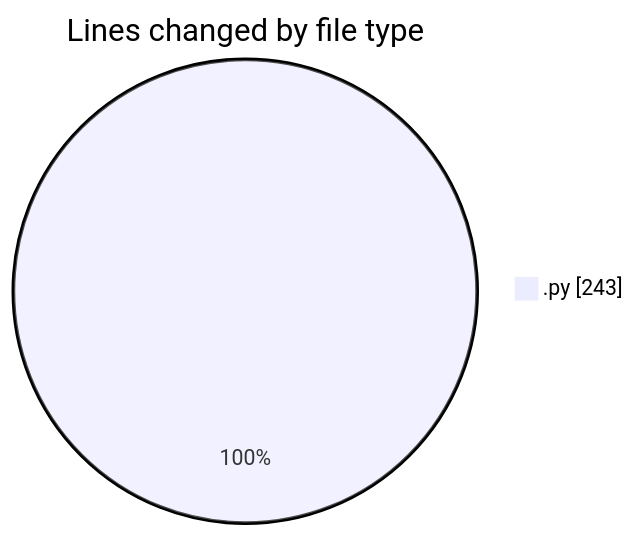
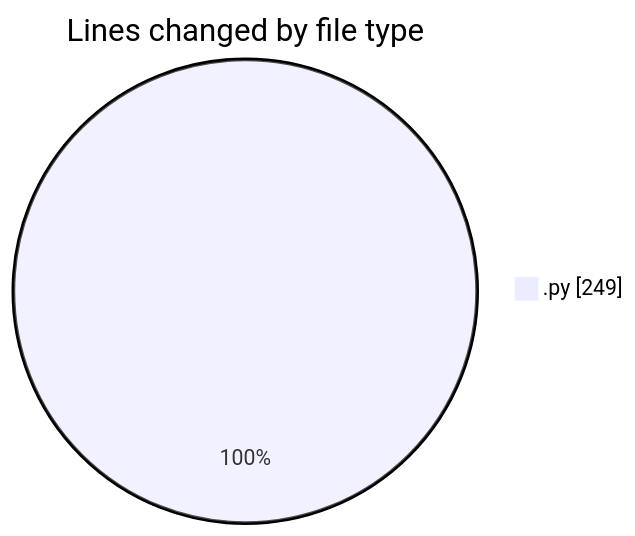
Before and after one commit to EIIisD/code-tracking: the first of 2 diagrams in 2025-08-03/tts/README.md, drawn with Mermaid. The commit also changed other lines of this file and 1 other file, not shown here.

````diff
--- a/2025-08-03/tts/README.md
+++ b/2025-08-03/tts/README.md
@@ -21,5 +21,5 @@
 ```mermaid
 pie showData
 title Lines changed by file type
-".py" : 243
+".py" : 249
 ```
````
